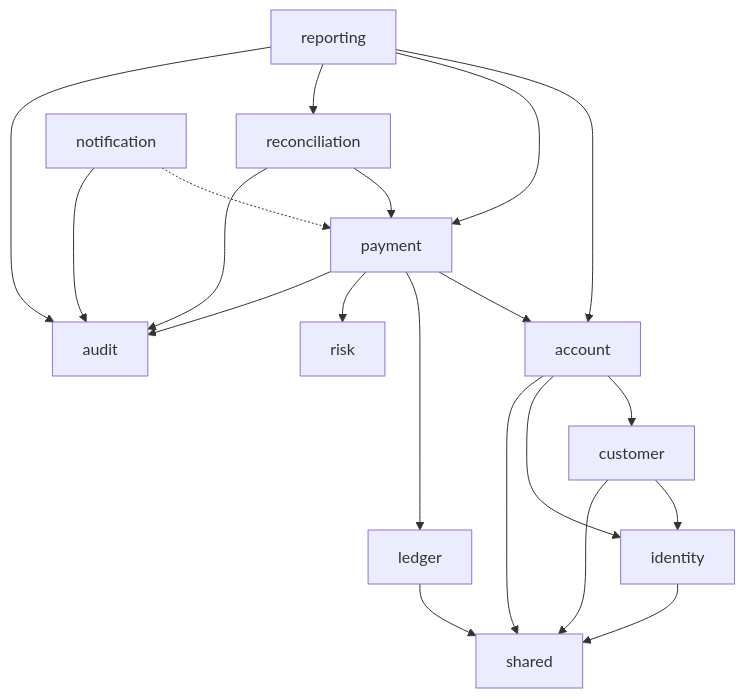
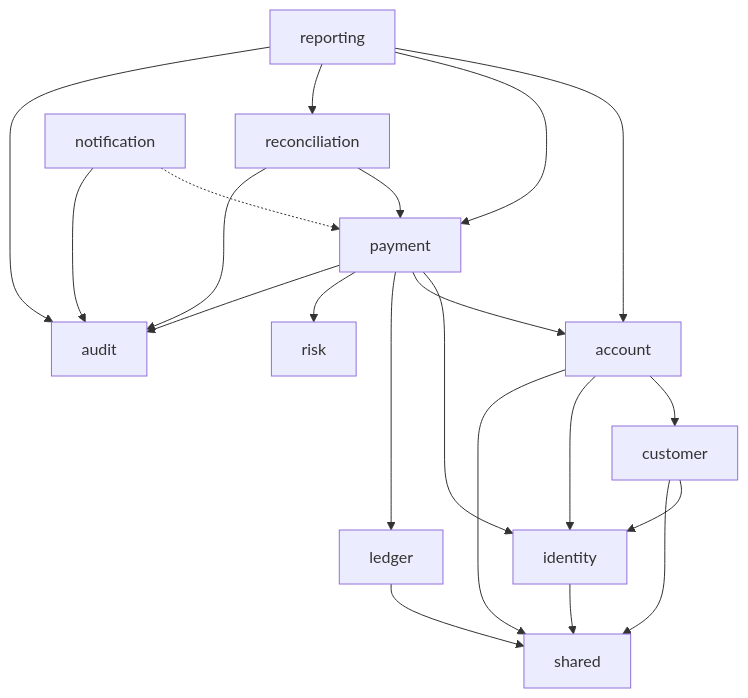
Before and after one commit to SamHarrison1999/event-driven-payments-platform: the third of 5 diagrams in docs/architecture/overview.md, drawn with Mermaid. The commit also changed other lines of this file and 6 other files, not shown here.

````diff
--- a/docs/architecture/overview.md
+++ b/docs/architecture/overview.md
@@ -134,34 +151,35 @@
 ```mermaid
 flowchart TB
     identity["identity"]
     customer["customer"]
     account["account"]
     payment["payment"]
     ledger["ledger"]
     risk["risk"]
     reconciliation["reconciliation"]
     notification["notification"]
     audit["audit"]
     reporting["reporting"]
     shared["shared"]
 
     identity --> shared
     customer --> identity
     customer --> shared
     account --> customer
     account --> identity
     account --> shared
+    payment --> identity
     payment --> account
     payment --> ledger
     payment --> risk
     payment --> audit
     ledger --> shared
     reconciliation --> payment
     reconciliation --> audit
     notification -.-> payment
     notification --> audit
     reporting --> account
     reporting --> payment
     reporting --> reconciliation
     reporting --> audit
 ```
````
